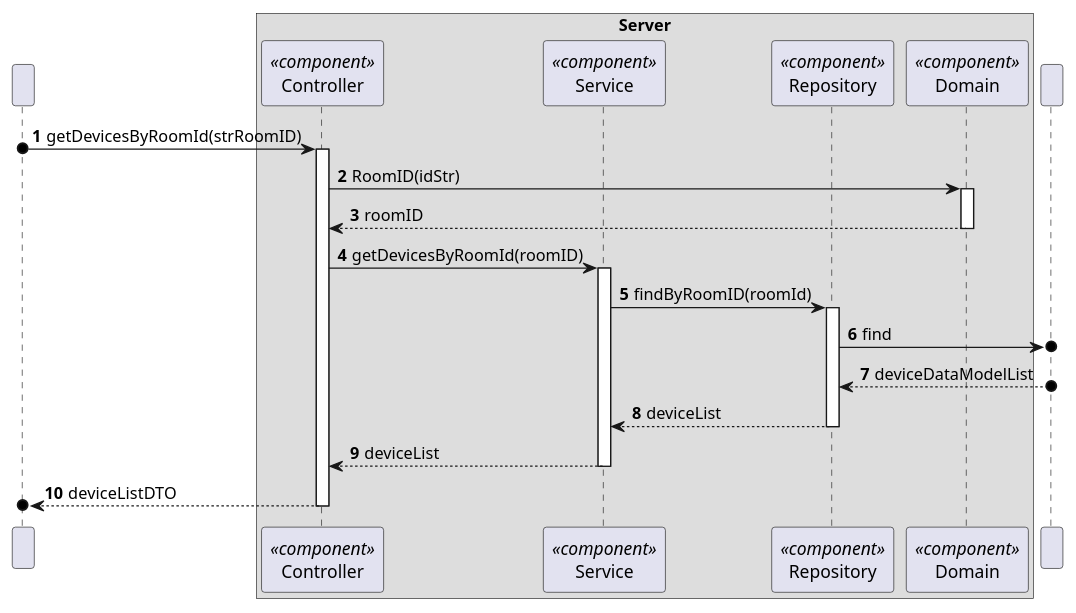
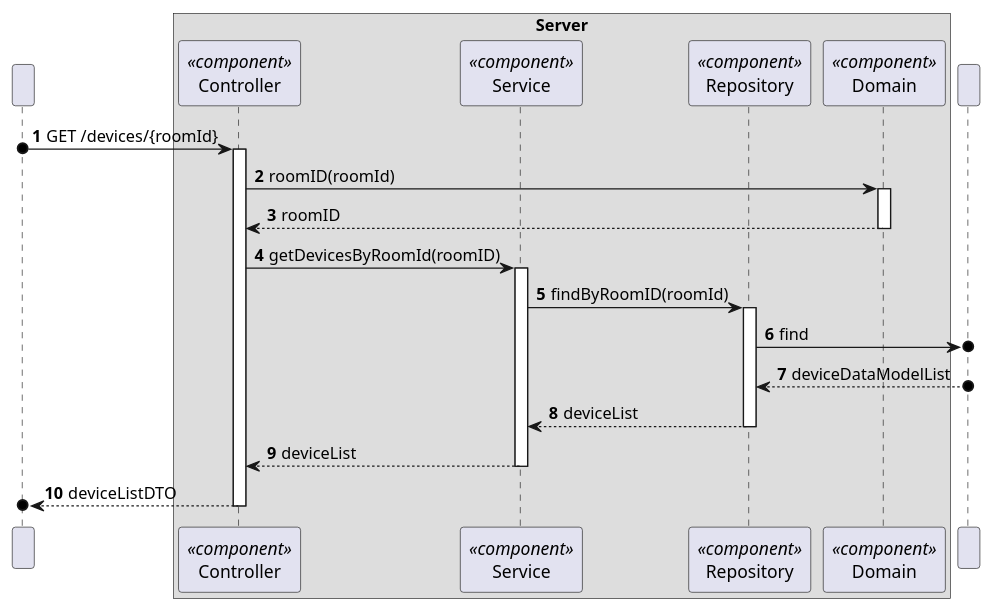
The diagram in docs/C4_4plus1_models/Level4/ProcessView/ProcessViewLevel4_UC06.puml (moutajDev/smarthome), drawn with PlantUML before and after one commit. The commit also changed 38 other files, not shown here.

```diff
--- a/docs/C4_4plus1_models/Level4/ProcessView/ProcessViewLevel4_UC06.puml
+++ b/docs/C4_4plus1_models/Level4/ProcessView/ProcessViewLevel4_UC06.puml
@@ -1,50 +1,50 @@
 @startuml
 'https://plantuml.com/sequence-diagram
 !pragma layout smetana
 
 autonumber
 
 
 participant " " as HTTP
 
 box "Server"
     participant "Controller" as CTRL<<component>>
     participant "Service" as SV<<component>>
     participant "Repository" as REPO<<component>>
     participant "Domain" as DOM<<component>>
 
 end box
 participant " " as BD
 
 
-HTTP o-> CTRL : getDevicesByRoomId(strRoomID)
+HTTP o-> CTRL : GET /devices/{roomId}
 activate CTRL
 
-CTRL -> DOM : RoomID(idStr)
+CTRL -> DOM : roomID(roomId)
 activate DOM
 
 DOM --> CTRL : roomID
 deactivate DOM
 
 CTRL -> SV : getDevicesByRoomId(roomID)
 activate SV
 
 SV -> REPO : findByRoomID(roomId)
 activate REPO
 
 REPO ->o BD : find
 
 BD o--> REPO : deviceDataModelList
 
 REPO --> SV : deviceList
 deactivate REPO
 
 SV --> CTRL : deviceList
 deactivate SV
 
 CTRL -->o HTTP : deviceListDTO
 deactivate CTRL
 
 
 
 @enduml
```
